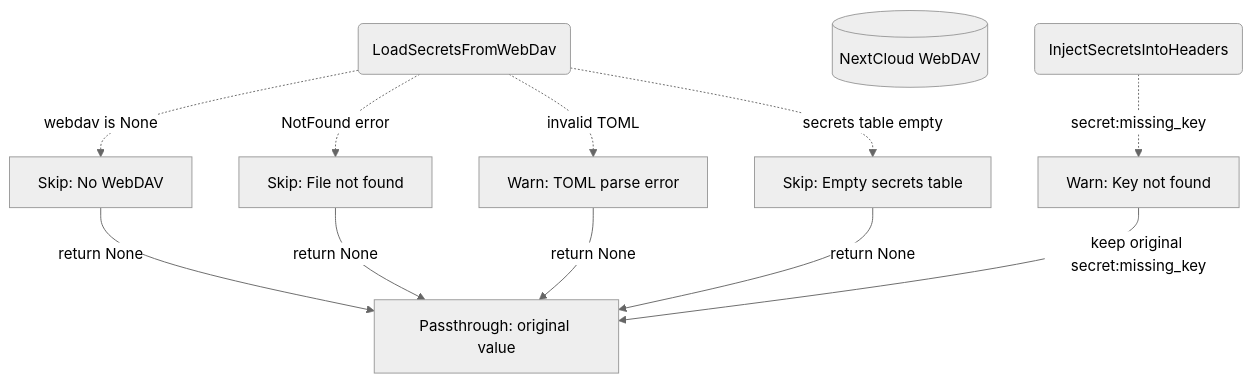
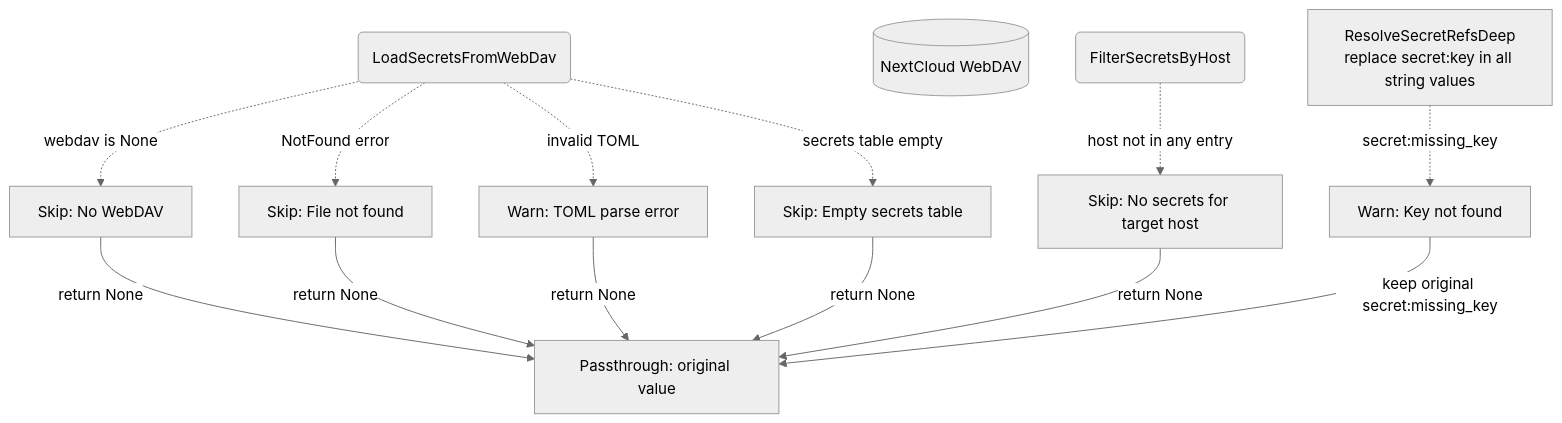
One commit to cosmoswafer/rockbot changed the second of 5 diagrams in _dfd/tools/secret-interception.md. Above: the diagram before and after it, drawn with Mermaid (neutral theme). The commit also changed other lines of this file, not shown here.

Commit message:
docs: redesign secret interception DFD — host-scoped secrets, deep arg traversal, dummy data gate

````diff
--- a/_dfd/tools/secret-interception.md
+++ b/_dfd/tools/secret-interception.md
@@ -63,23 +79,27 @@
 ```mermaid
 flowchart TD
     LOAD(LoadSecretsFromWebDav)
     DAV[(NextCloud WebDAV)]
     NO_DAV[Skip: No WebDAV]
     NOT_FOUND[Skip: File not found]
     PARSE_ERR[Warn: TOML parse error]
     EMPTY[Skip: Empty secrets table]
-    INJECT(InjectSecretsIntoHeaders)
+    FILTER(FilterSecretsByHost)
+    NO_HOST[Skip: No secrets for target host]
+    RESOLVE["ResolveSecretRefsDeep<br/>replace secret:key in all string values"]
     KEY_MISS[Warn: Key not found]
     PASS[Passthrough: original value]
 
     LOAD -.->|"webdav is None"| NO_DAV
     LOAD -.->|"NotFound error"| NOT_FOUND
     LOAD -.->|"invalid TOML"| PARSE_ERR
     LOAD -.->|"secrets table empty"| EMPTY
     NO_DAV -->|"return None"| PASS
     NOT_FOUND -->|"return None"| PASS
     PARSE_ERR -->|"return None"| PASS
     EMPTY -->|"return None"| PASS
-    INJECT -.->|"secret:missing_key"| KEY_MISS
+    FILTER -.->|"host not in any entry"| NO_HOST
+    NO_HOST -->|"return None"| PASS
+    RESOLVE -.->|"secret:missing_key"| KEY_MISS
     KEY_MISS -->|"keep original secret:missing_key"| PASS
 ```
````
